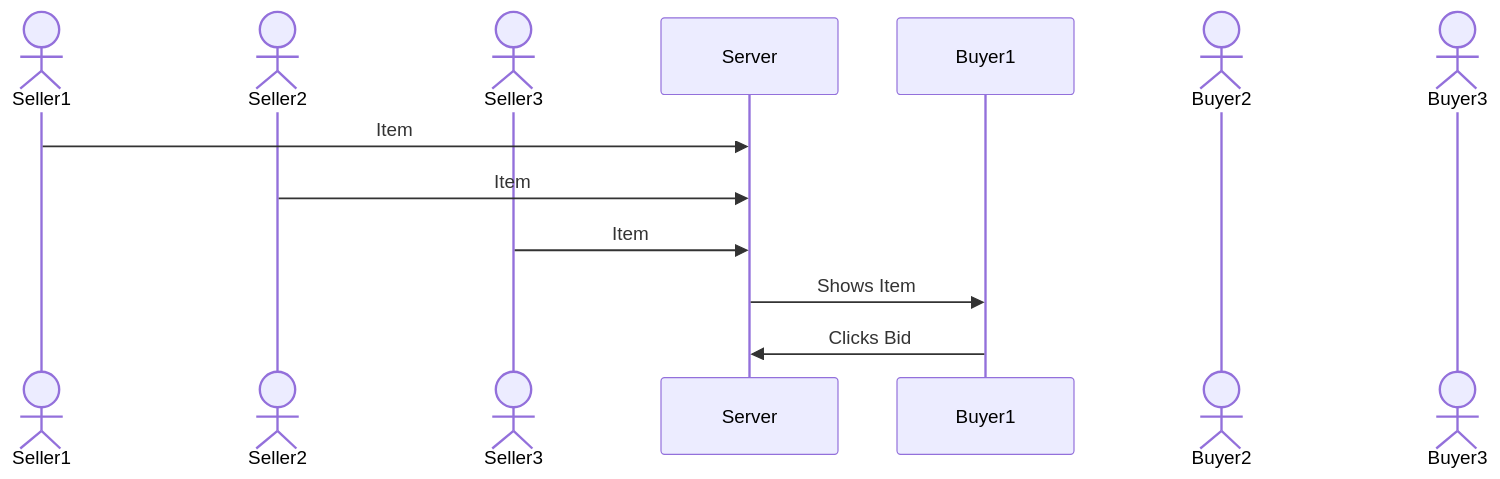
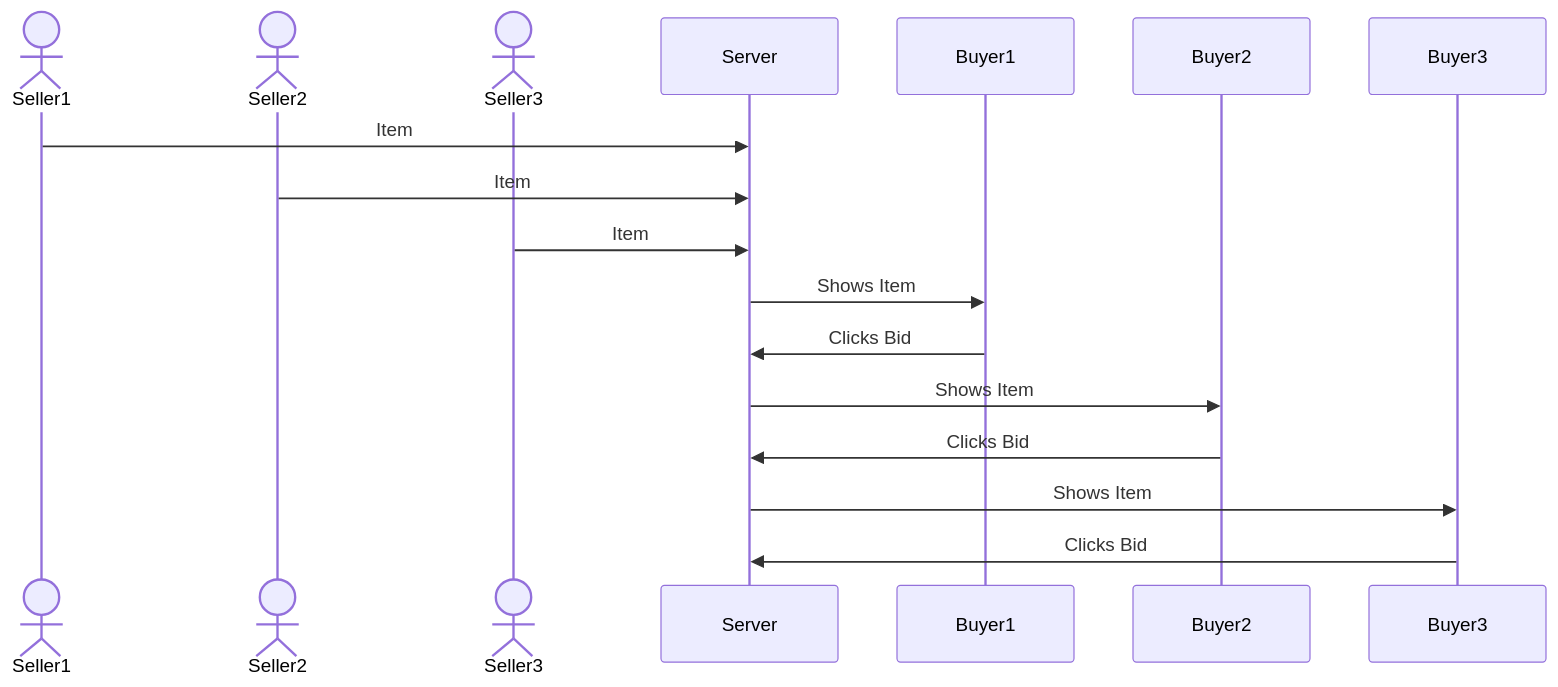
One commit to RiceChips1000/startup changed the diagram in README.md. Above: the diagram before and after it, drawn with Mermaid.

Commit message:
Getting Closer to Sequence Finish

````diff
--- a/README.md
+++ b/README.md
@@ -36,15 +36,19 @@
 ```mermaid
 sequenceDiagram
     actor Seller1
     actor Seller2
     actor Seller3
     Seller1->>Server: Item
     Seller2->>Server: Item
     Seller3->>Server: Item
     Server->>Buyer1: Shows Item
     Buyer1->>Server: Clicks Bid
+    Server->>Buyer2: Shows Item
+    Buyer2->>Server: Clicks Bid
+    Server->>Buyer3: Shows Item
+    Buyer3->>Server: Clicks Bid
     actor Buyer1
     actor Buyer2
     actor Buyer3
     
 ```
````
